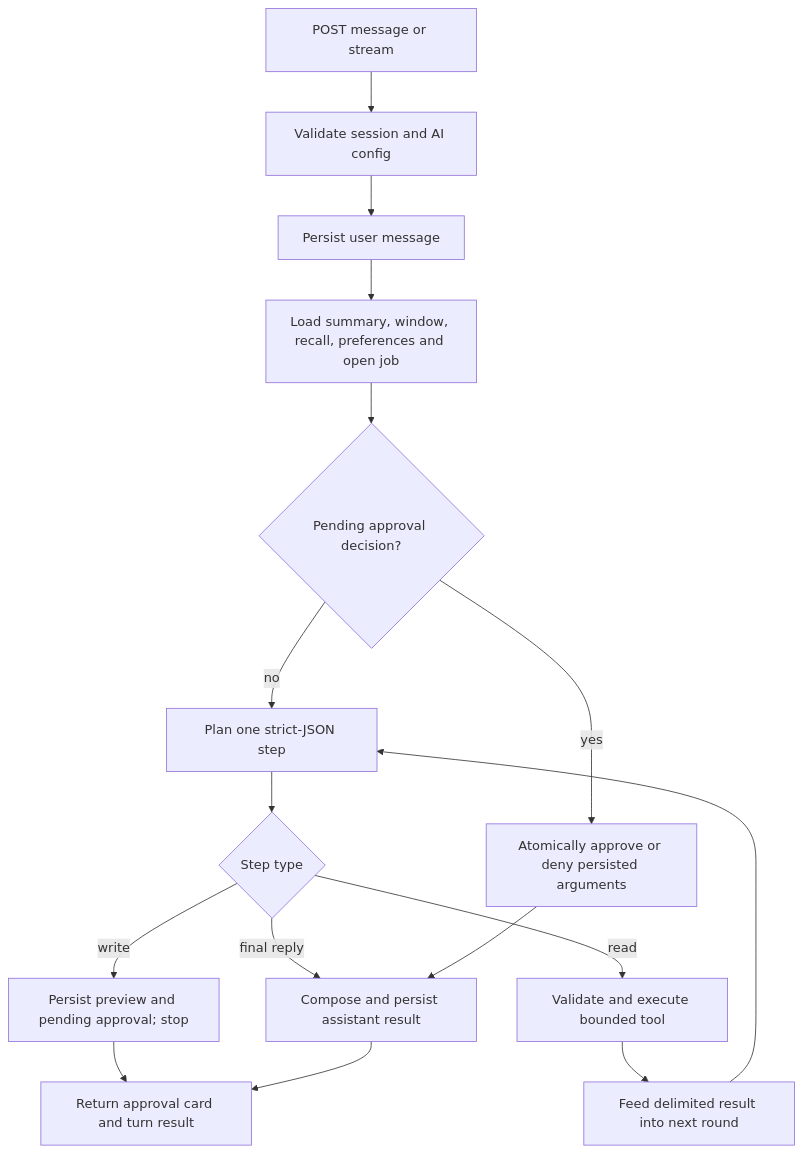
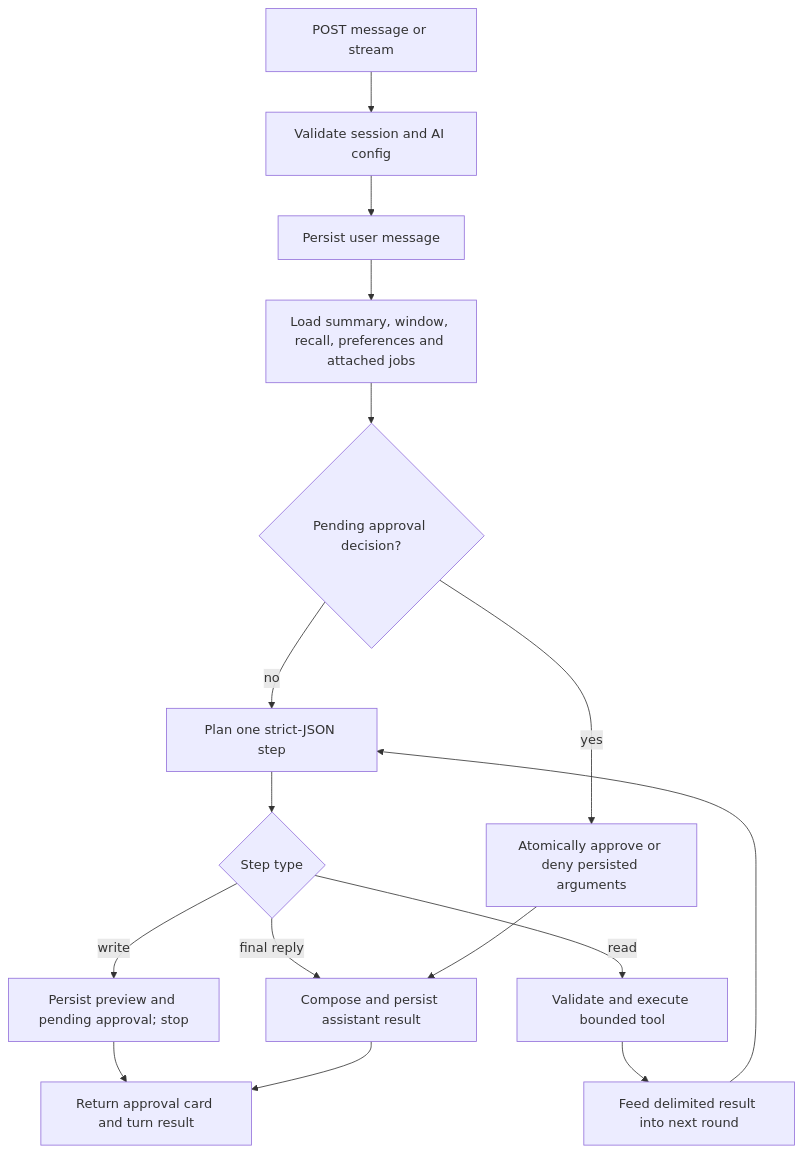
One commit to KaiusJin/WeCanFindIntern changed the second of 2 diagrams in docs/modules/ai-agent.md. Above: the diagram before and after it, drawn with Mermaid. The commit also changed other lines of this file and 12 other files, not shown here.

````diff
--- a/docs/modules/ai-agent.md
+++ b/docs/modules/ai-agent.md
@@ -98,18 +129,18 @@
 ```mermaid
 flowchart TD
     A[POST message or stream] --> B[Validate session and AI config]
     B --> C[Persist user message]
-    C --> D[Load summary, window, recall, preferences and open job]
+    C --> D[Load summary, window, recall, preferences and attached jobs]
     D --> E{Pending approval decision?}
     E -->|yes| F[Atomically approve or deny persisted arguments]
     E -->|no| G[Plan one strict-JSON step]
     G --> H{Step type}
     H -->|read| I[Validate and execute bounded tool]
     I --> J[Feed delimited result into next round]
     J --> G
     H -->|write| K[Persist preview and pending approval; stop]
     H -->|final reply| L[Compose and persist assistant result]
     F --> L
     K --> M[Return approval card and turn result]
     L --> M
 ```
````
